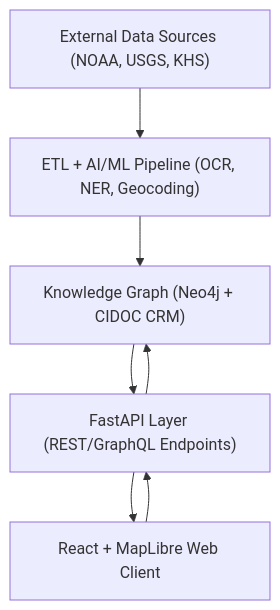
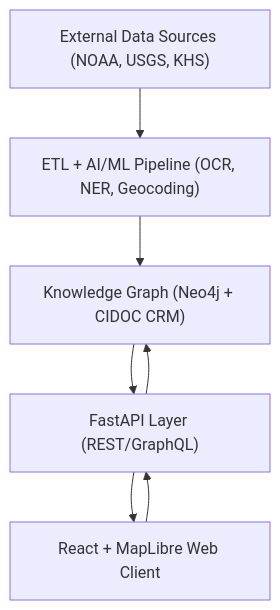
The diagram in ARCHITECTURE.md (bartytime4life/Kansas-Frontier-Matrix), drawn with Mermaid before and after one commit. The commit also changed other lines of this file, not shown here.

````diff
--- a/ARCHITECTURE.md
+++ b/ARCHITECTURE.md
@@ -153,11 +147,10 @@
 ```mermaid
 flowchart TD
 A["External Data Sources (NOAA, USGS, KHS)"]
 B["ETL + AI/ML Pipeline (OCR, NER, Geocoding)"]
 C["Knowledge Graph (Neo4j + CIDOC CRM)"]
-D["FastAPI Layer (REST/GraphQL Endpoints)"]
+D["FastAPI Layer (REST/GraphQL)"]
 E["React + MapLibre Web Client"]
-
 A --> B --> C --> D --> E
 E --> D --> C
 ```
````
